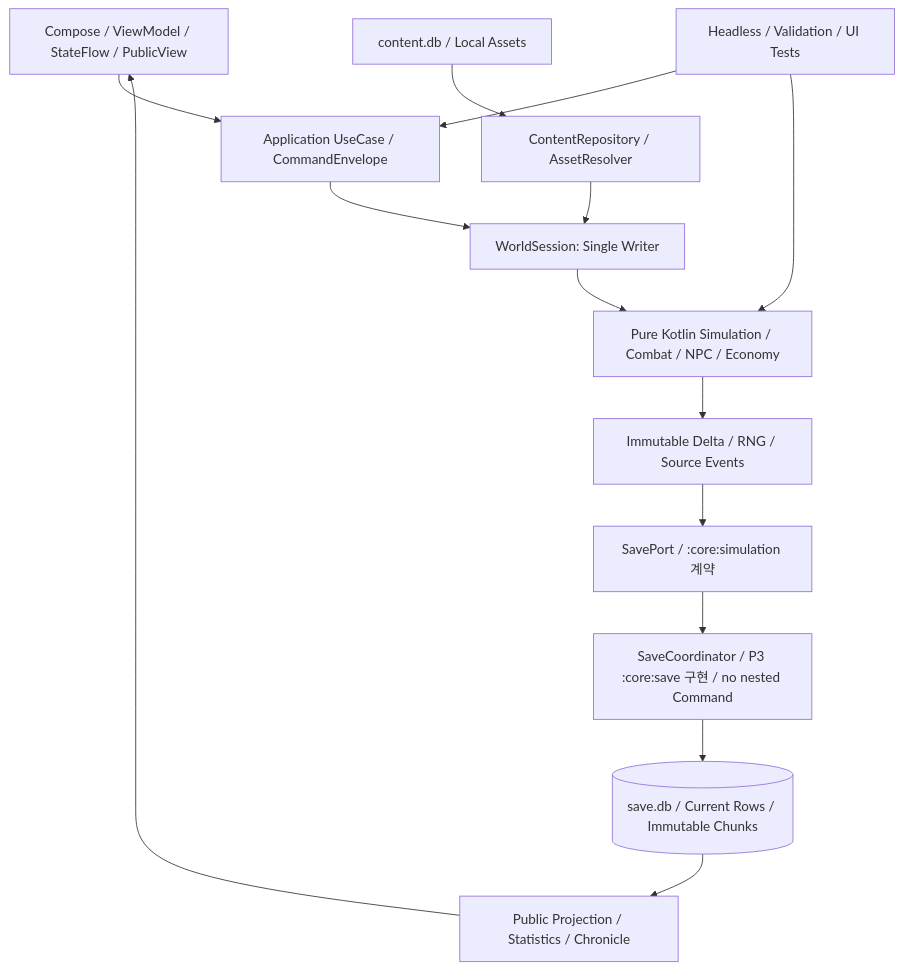
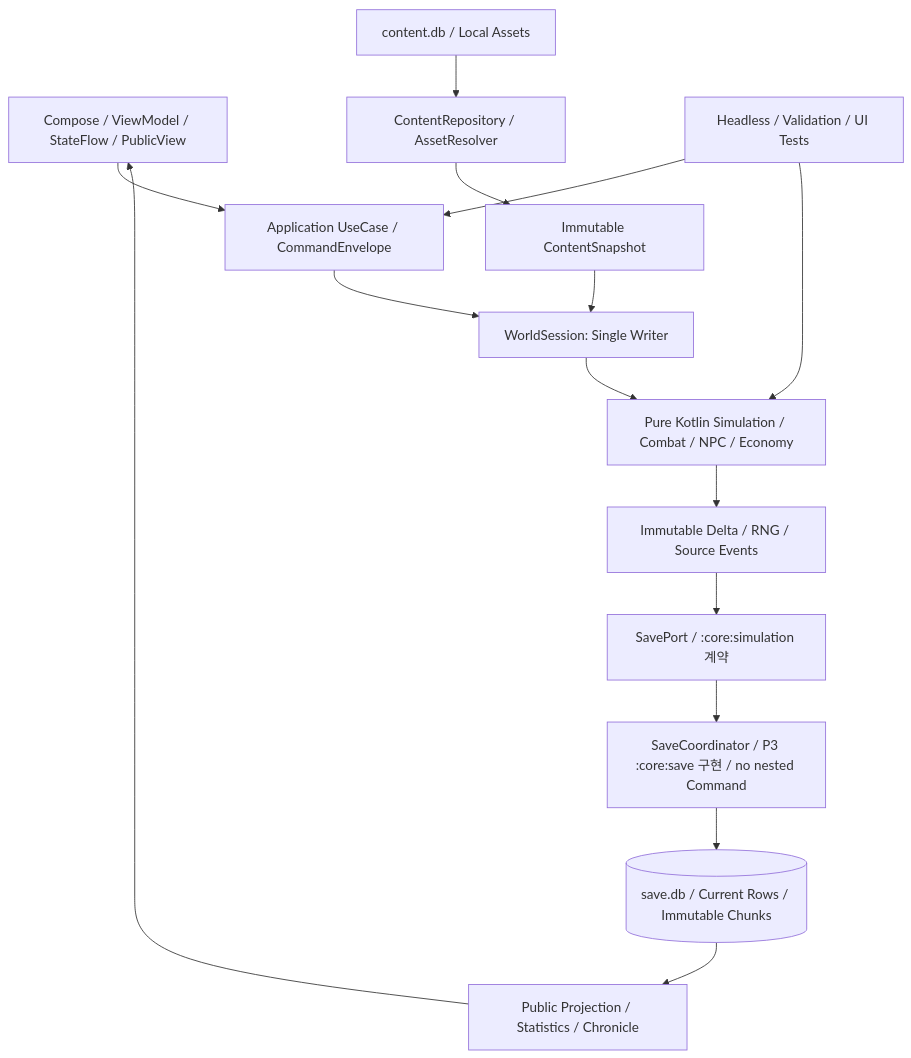
Before and after one commit to cielkdh/mud: the first of 2 diagrams in docs/00_전체_구현_마스터_설계서.md, drawn with Mermaid. The commit also changed other lines of this file and 29 other files, not shown here.

````diff
--- a/docs/00_전체_구현_마스터_설계서.md
+++ b/docs/00_전체_구현_마스터_설계서.md
@@ -44,16 +44,17 @@
 ```mermaid
 flowchart TB
  UI[Compose / ViewModel / StateFlow / PublicView] --> UC[Application UseCase / CommandEnvelope]
  UC --> ACTOR[WorldSession: Single Writer]
  ACTOR --> SIM[Pure Kotlin Simulation / Combat / NPC / Economy]
  CONTENT[content.db / Local Assets] --> REPO[ContentRepository / AssetResolver]
- REPO --> ACTOR
+ REPO --> SNAP[Immutable ContentSnapshot]
+ SNAP --> ACTOR
  SIM --> DELTA[Immutable Delta / RNG / Source Events]
  DELTA --> PORT[SavePort / :core:simulation 계약]
  PORT --> SAVE[SaveCoordinator / P3 :core:save 구현 / no nested Command]
  SAVE --> DB[(save.db / Current Rows / Immutable Chunks)]
  DB --> PROJ[Public Projection / Statistics / Chronicle]
  PROJ --> UI
  TEST[Headless / Validation / UI Tests] --> UC
  TEST --> SIM
 ```
````
